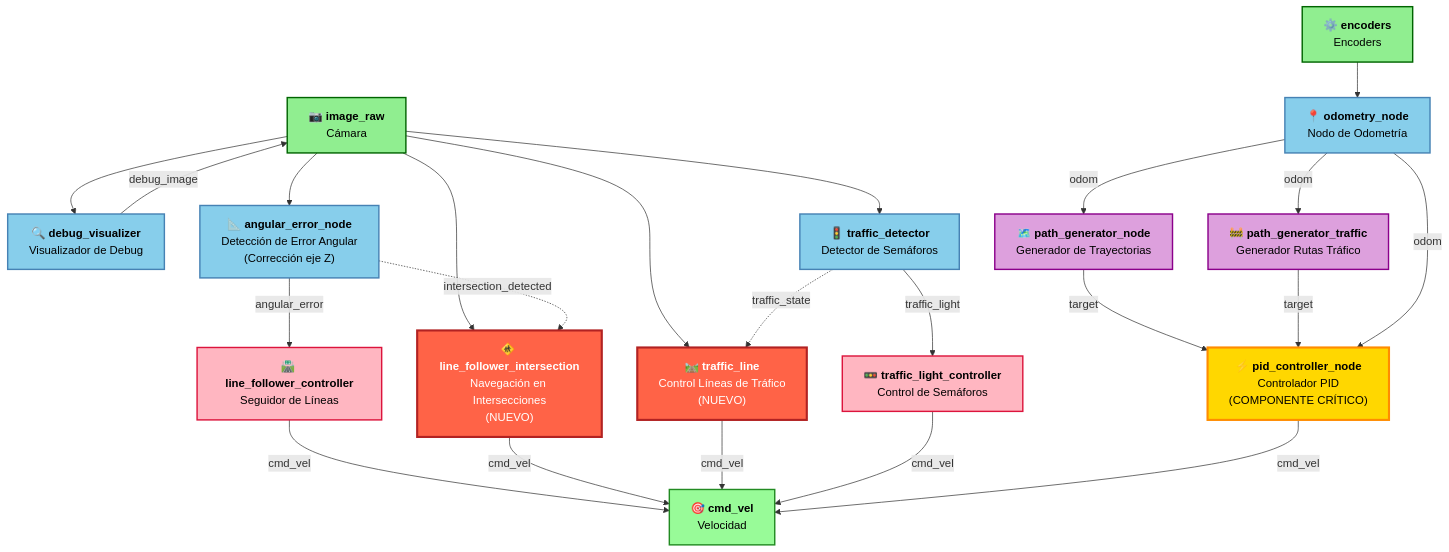
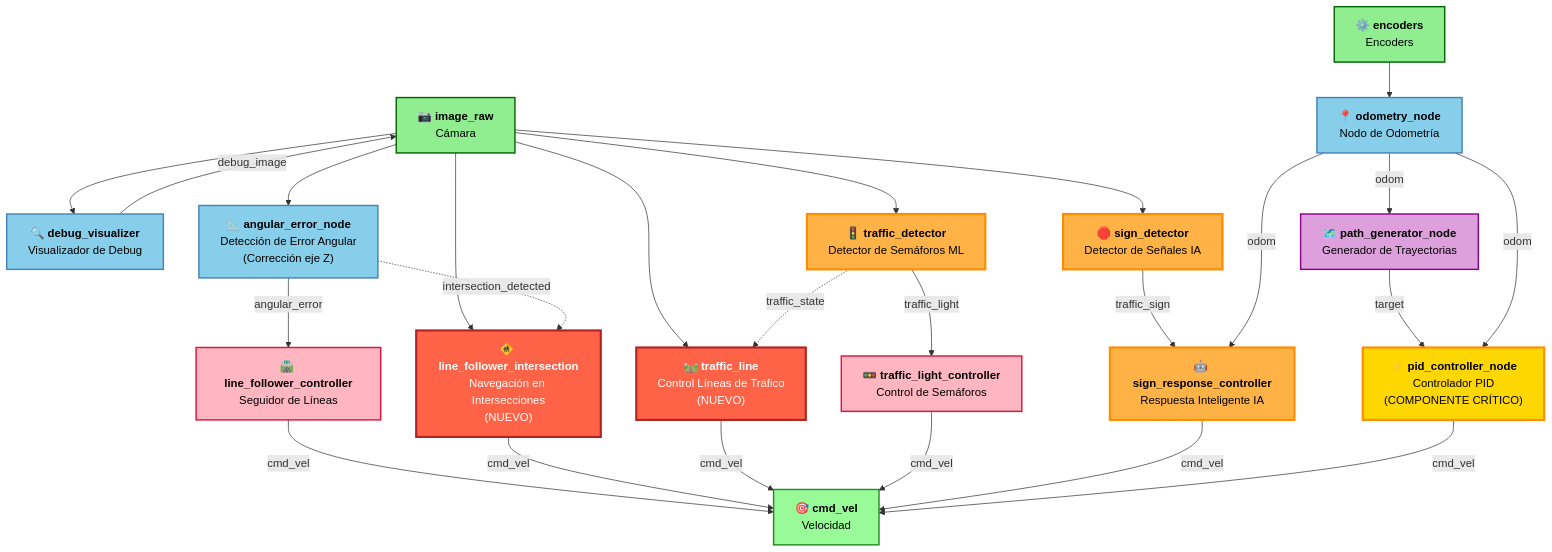
Before and after one commit to AldonDC/puzzlebot-ros2-control: the diagram in README.md, drawn with Mermaid. The commit also changed other lines of this file, not shown here.

```diff
--- a/README.md
+++ b/README.md
@@ -185,7 +411,9 @@
     DebugVis["`🔍 **debug_visualizer**
     Visualizador de Debug`"]
     TrafficDet["`🚦 **traffic_detector**
-    Detector de Semáforos`"]
+    Detector de Semáforos ML`"]
+    SignDet["`🛑 **sign_detector**
+    Detector de Señales IA`"]
     AngularError["`📐 **angular_error_node**
     Detección de Error Angular
     (Corrección eje Z)`"]
@@ -205,6 +433,8 @@
     %% Nodos de Control - Avanzados
     TrafficLight["`🚥 **traffic_light_controller**
     Control de Semáforos`"]
+    SignResponse["`🤖 **sign_response_controller**
+    Respuesta Inteligente IA`"]
     PIDController["`⚡ **pid_controller_node**
     Controlador PID
     (COMPONENTE CRÍTICO)`"]
@@ -212,8 +442,6 @@
     %% Nodos de Planificación
     PathGen["`🗺️ **path_generator_node**
     Generador de Trayectorias`"]
-    PathTraffic["`🚧 **path_generator_traffic**
-    Generador Rutas Tráfico`"]
     
     %% Nodos de Estado
     Odometry["`📍 **odometry_node**
@@ -226,6 +454,7 @@
     %% Conexiones de Sensores
     Camera --> DebugVis
     Camera --> TrafficDet
+    Camera --> SignDet
     Camera --> AngularError
     Camera --> LineIntersection
     Camera --> TrafficLine
@@ -235,6 +464,7 @@
     %% Conexiones de Detección
     DebugVis -->|debug_image| Camera
     TrafficDet -->|traffic_light| TrafficLight
+    SignDet -->|traffic_sign| SignResponse
     AngularError -->|angular_error| LineFollower
     
     %% Conexiones de Control Básico
@@ -246,14 +476,14 @@
     
     %% Conexiones de Control Avanzado
     TrafficLight -->|cmd_vel| CmdVel
+    SignResponse -->|cmd_vel| CmdVel
     PIDController -->|cmd_vel| CmdVel
     
     %% Conexiones de Planificación
     PathGen -->|target| PIDController
-    PathTraffic -->|target| PIDController
     Odometry -->|odom| PathGen
-    Odometry -->|odom| PathTraffic
     Odometry -->|odom| PIDController
+    Odometry -->|odom| SignResponse
     
     %% Flujos de información complejos
     TrafficDet -.->|traffic_state| TrafficLine
@@ -262,6 +492,7 @@
     %% Estilos
     classDef sensor fill:#90EE90,stroke:#006400,stroke-width:2px,color:#000
     classDef detection fill:#87CEEB,stroke:#4682B4,stroke-width:2px,color:#000
+    classDef ml fill:#FFB347,stroke:#FF8C00,stroke-width:3px,color:#000
     classDef control fill:#FFB6C1,stroke:#DC143C,stroke-width:2px,color:#000
     classDef planning fill:#DDA0DD,stroke:#8B008B,stroke-width:2px,color:#000
     classDef critical fill:#FFD700,stroke:#FF8C00,stroke-width:3px,color:#000
@@ -270,10 +501,12 @@
     
     %% Aplicar estilos
     class Camera,Encoders sensor
-    class DebugVis,TrafficDet,AngularError detection
+    class DebugVis,AngularError detection
+    class TrafficDet,SignDet ml
     class LineFollower,TrafficLight control
     class LineIntersection,TrafficLine new
-    class PathGen,PathTraffic planning
+    class SignResponse ml
+    class PathGen planning
     class PIDController critical
     class Odometry detection
     class CmdVel actuator
```
